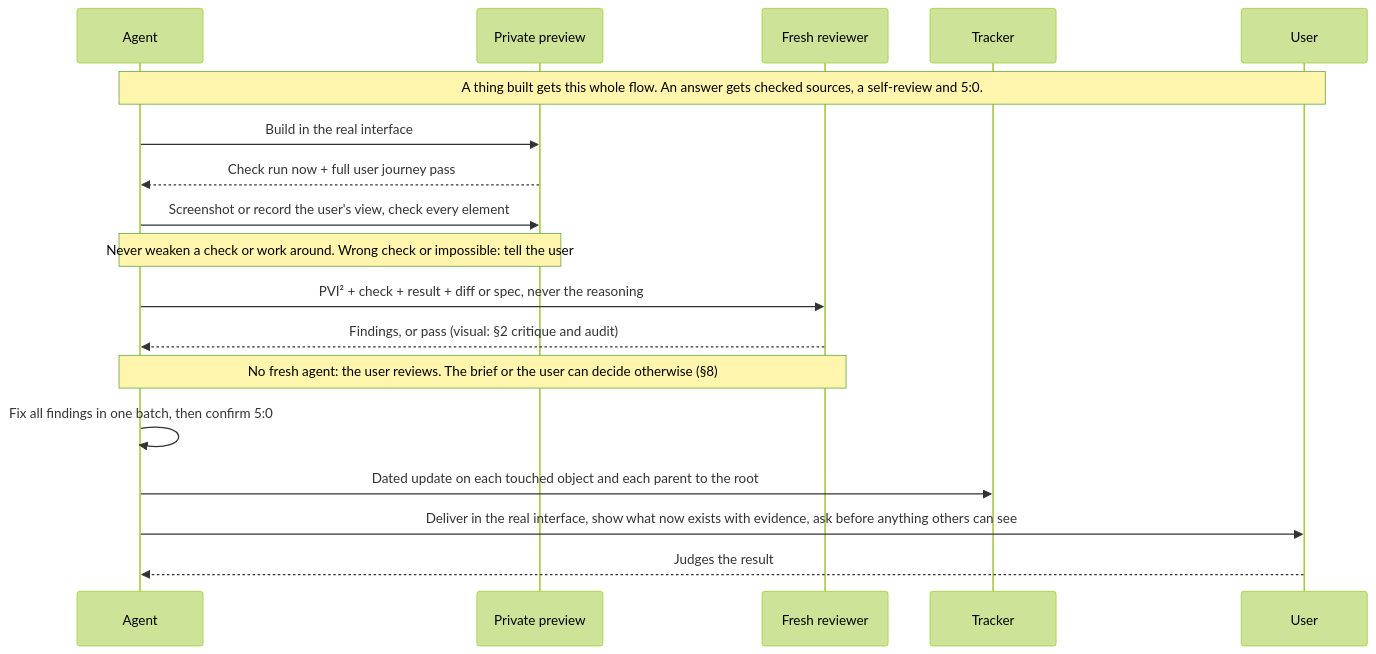
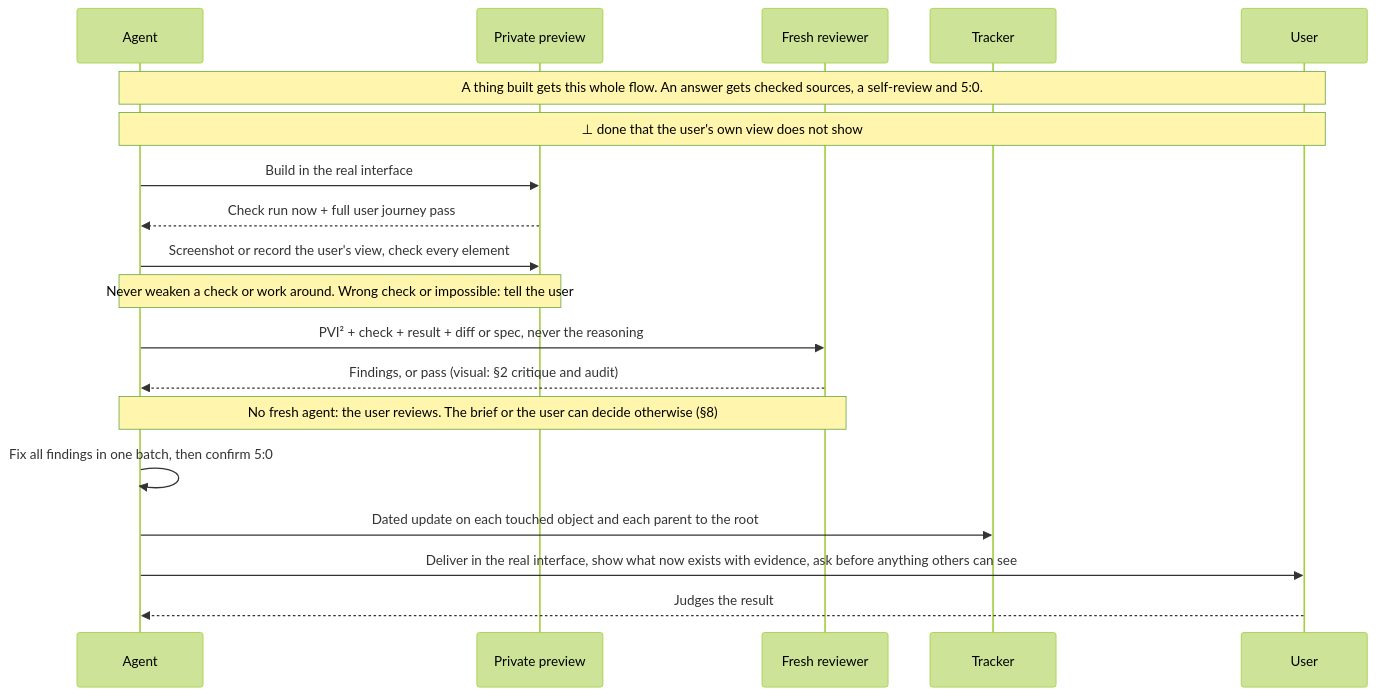
Diagram 11 of 14 in AGENTS.md (SolenixAI/arbiter), drawn with Mermaid (forest theme) before and after one commit. The commit also changed other lines of this file, not shown here.

````diff
--- a/AGENTS.md
+++ b/AGENTS.md
@@ -474,20 +507,21 @@
 ```mermaid
 sequenceDiagram
   participant A as Agent
   participant P as Private preview
   participant R as Fresh reviewer
   participant T as Tracker
   participant U as User
   Note over A,U: A thing built gets this whole flow. An answer gets checked sources, a self-review and 5:0.
+  Note over A,U: ⊥ done that the user's own view does not show
   A->>P: Build in the real interface
   P-->>A: Check run now + full user journey pass
   A->>P: Screenshot or record the user's view, check every element
   Note over A,P: Never weaken a check or work around. Wrong check or impossible: tell the user
   A->>R: PVI² + check + result + diff or spec, never the reasoning
   R-->>A: Findings, or pass (visual: §2 critique and audit)
   Note over A,R: No fresh agent: the user reviews. The brief or the user can decide otherwise (§8)
   A->>A: Fix all findings in one batch, then confirm 5:0
   A->>T: Dated update on each touched object and each parent to the root
   A->>U: Deliver in the real interface, show what now exists with evidence, ask before anything others can see
   U-->>A: Judges the result
 ```
````
